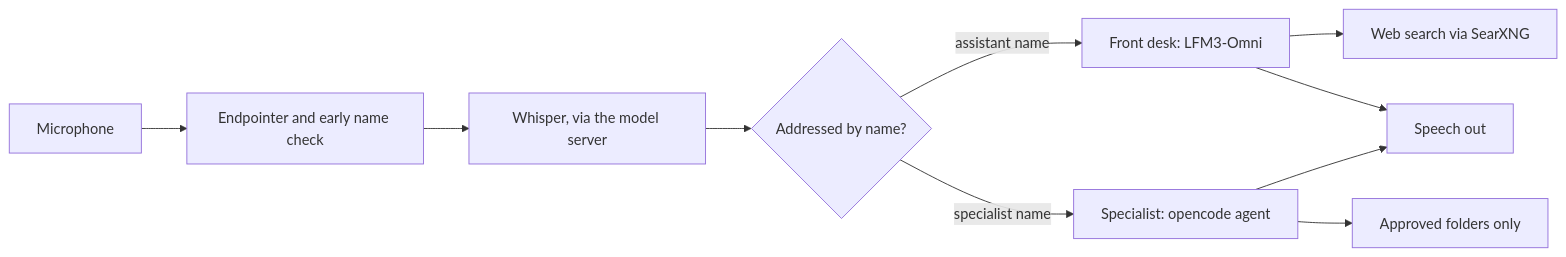
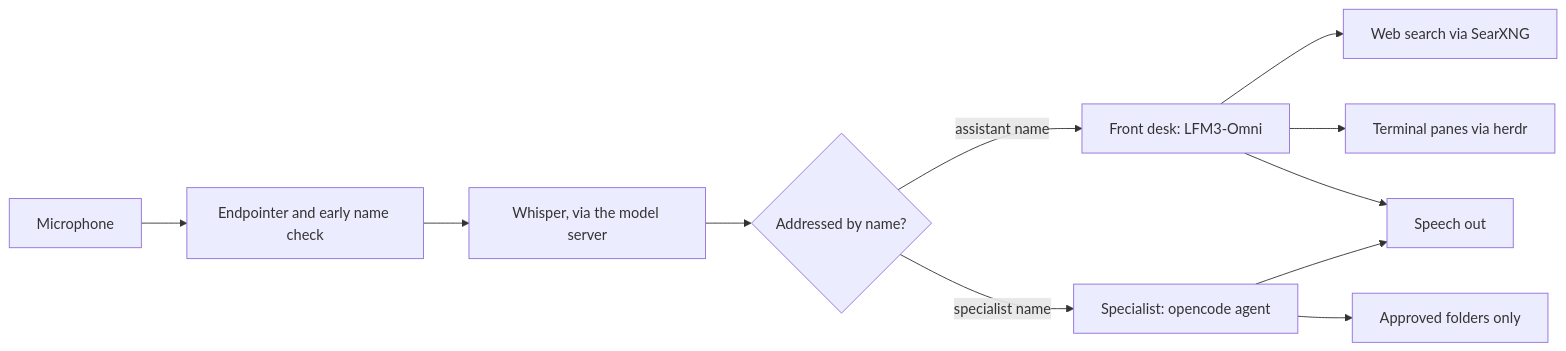
The diagram in README.md (y0c0ms/VoiceAssistant), drawn with Mermaid before and after one commit. The commit also changed other lines of this file and 30 other files, not shown here.

````diff
--- a/README.md
+++ b/README.md
@@ -20,12 +21,13 @@
 ```mermaid
 flowchart LR
     mic[Microphone] --> vad[Endpointer and early name check]
     vad --> stt[Whisper, via the model server]
     stt --> gate{Addressed by name?}
     gate -- assistant name --> front[Front desk: LFM3-Omni]
     gate -- specialist name --> spec[Specialist: opencode agent]
     front --> search[Web search via SearXNG]
+    front --> panes[Terminal panes via herdr]
     front --> speech[Speech out]
     spec --> speech
     spec --> folders[Approved folders only]
 ```
````
